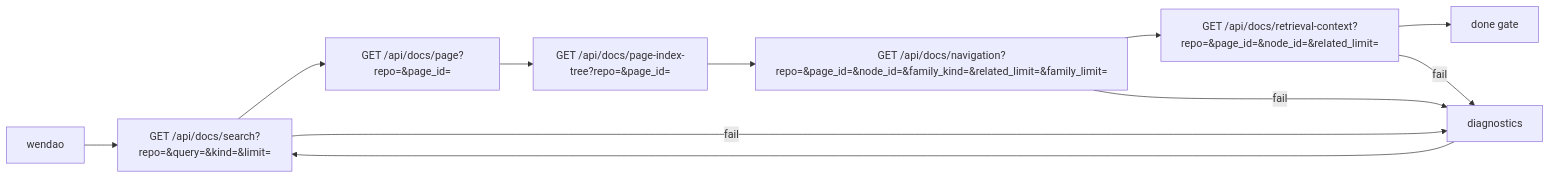
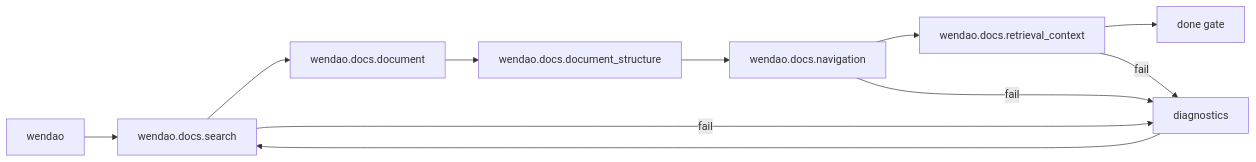
The diagram in wendao/docs-search.mmd (tao3k/qianji-flowhub), drawn with Mermaid before and after one commit. The commit also changed 12 other files, not shown here.

```diff
--- a/wendao/docs-search.mmd
+++ b/wendao/docs-search.mmd
@@ -1,12 +1,12 @@
 flowchart LR
-  A["wendao"] --> B["GET /api/docs/search?repo=<repo>&query=<query>&kind=<kind>&limit=<n>"]
-  B --> C["GET /api/docs/page?repo=<repo>&page_id=<page_id>"]
-  C --> D["GET /api/docs/page-index-tree?repo=<repo>&page_id=<page_id>"]
-  D --> E["GET /api/docs/navigation?repo=<repo>&page_id=<page_id>&node_id=<node_id>&family_kind=<kind>&related_limit=<n>&family_limit=<n>"]
-  E --> F["GET /api/docs/retrieval-context?repo=<repo>&page_id=<page_id>&node_id=<node_id>&related_limit=<n>"]
+  A["wendao"] --> B["wendao.docs.search"]
+  B --> C["wendao.docs.document"]
+  C --> D["wendao.docs.document_structure"]
+  D --> E["wendao.docs.navigation"]
+  E --> F["wendao.docs.retrieval_context"]
   F --> G["done gate"]
 
   B -- fail --> R["diagnostics"]
   E -- fail --> R
   F -- fail --> R
   R --> B
```
